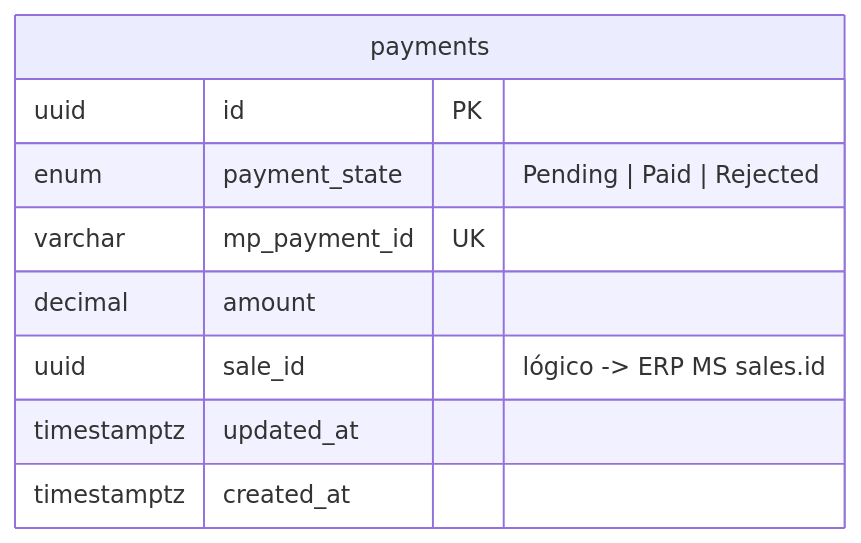
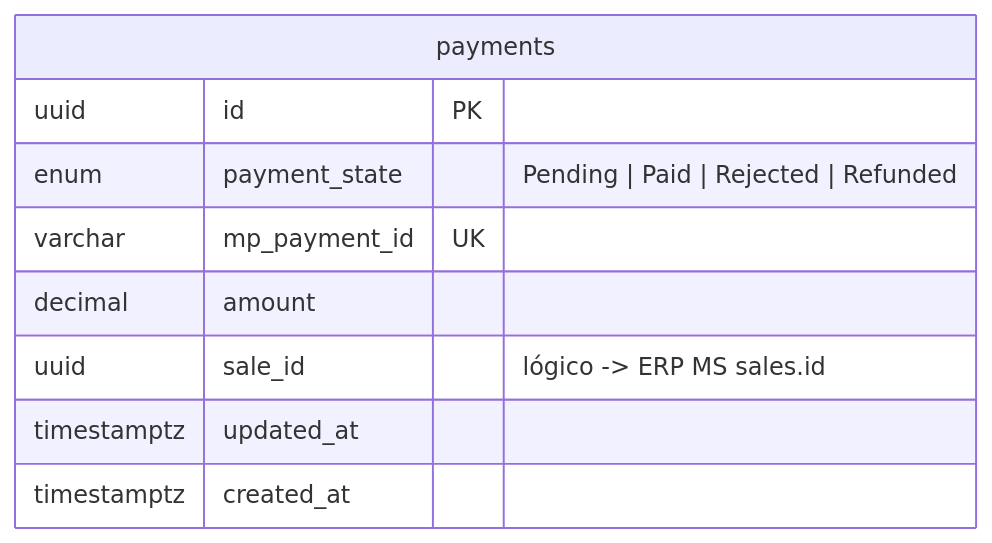
Before and after one commit to LautiZ/TrabajoFinal-ERPPymes-Grupo148: the fourth of 4 diagrams in docs/modelo-relacional.md, drawn with Mermaid. The commit also changed other lines of this file and 6 other files, not shown here.

First line of the commit message:
docs: redesign ER model around business natural keys

````diff
--- a/docs/modelo-relacional.md
+++ b/docs/modelo-relacional.md
@@ -102,12 +230,12 @@
 ```mermaid
 erDiagram
     payments {
         uuid id PK
-        enum payment_state "Pending | Paid | Rejected"
+        enum payment_state "Pending | Paid | Rejected | Refunded"
         varchar mp_payment_id UK
         decimal amount
         uuid sale_id "lógico -> ERP MS sales.id"
         timestamptz updated_at
         timestamptz created_at
     }
 ```
````
